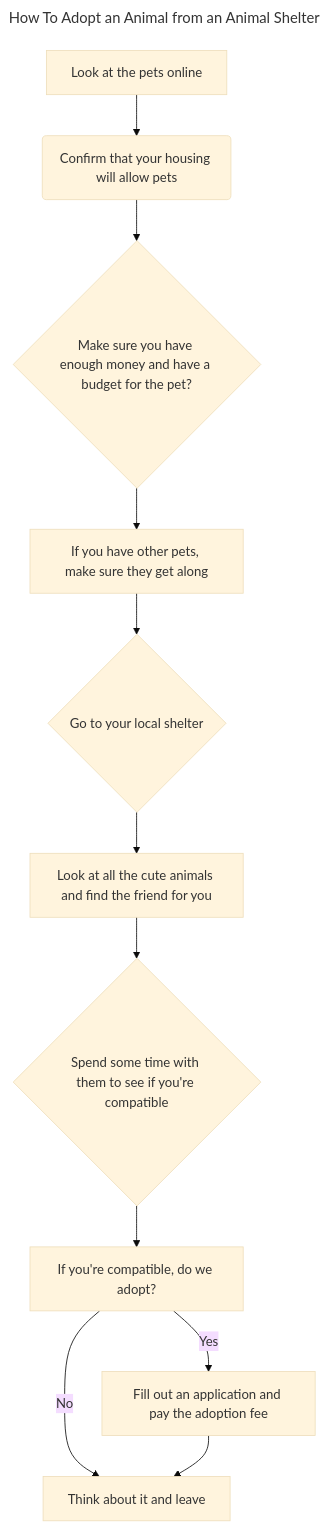
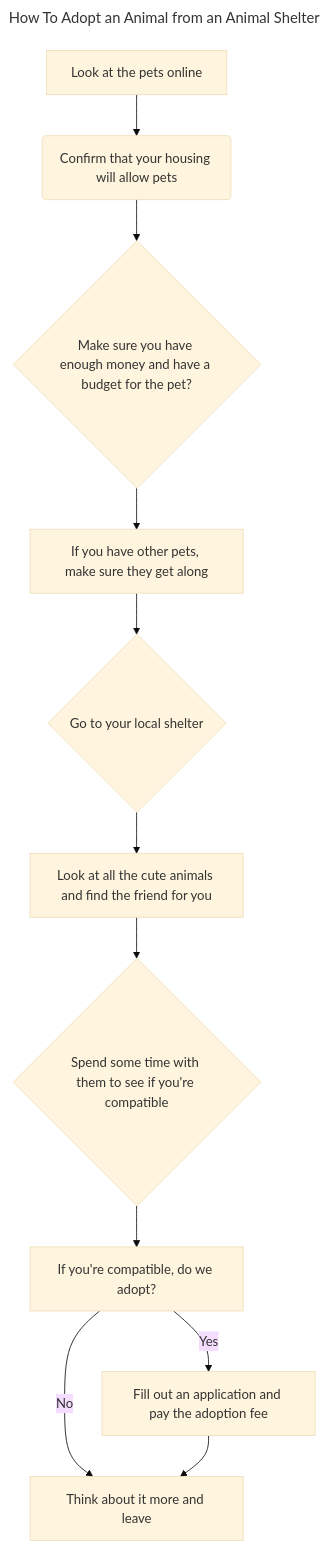
One commit to ElizabethTheisen/elizabeththeisen.github.io changed the diagram in Diagram.md. Above: the diagram before and after it, drawn with Mermaid (base theme).

````diff
--- a/Diagram.md
+++ b/Diagram.md
@@ -1,16 +1,16 @@
 ```mermaid
 ---
 title: How To Adopt an Animal from an Animal Shelter
 ---
 graph TD
     A[Look at the pets online] --> B(Confirm that your housing will allow pets)
     B --> C{Make sure you have enough money and have a budget for the pet?}
     C --> D[If you have other pets, make sure they get along]
     D --> E{Go to your local shelter}
     E --> F[Look at all the cute animals and find the friend for you]
     F --> G{Spend some time with them to see if you're compatible}
     G --> H[If you're compatible, do we adopt?]
     H -->|Yes| I[Fill out an application and pay the adoption fee]
-    H -->|No| J[Think about it and leave]
+    H -->|No| J[Think about it more and leave]
     I --> J
 ```
````
